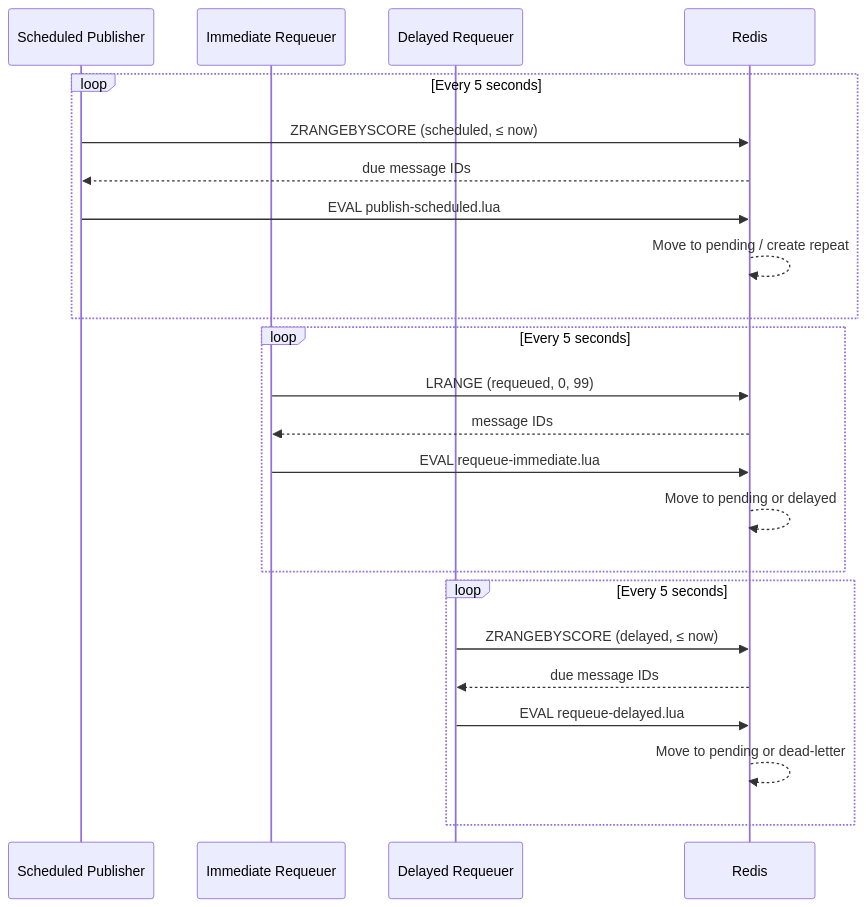
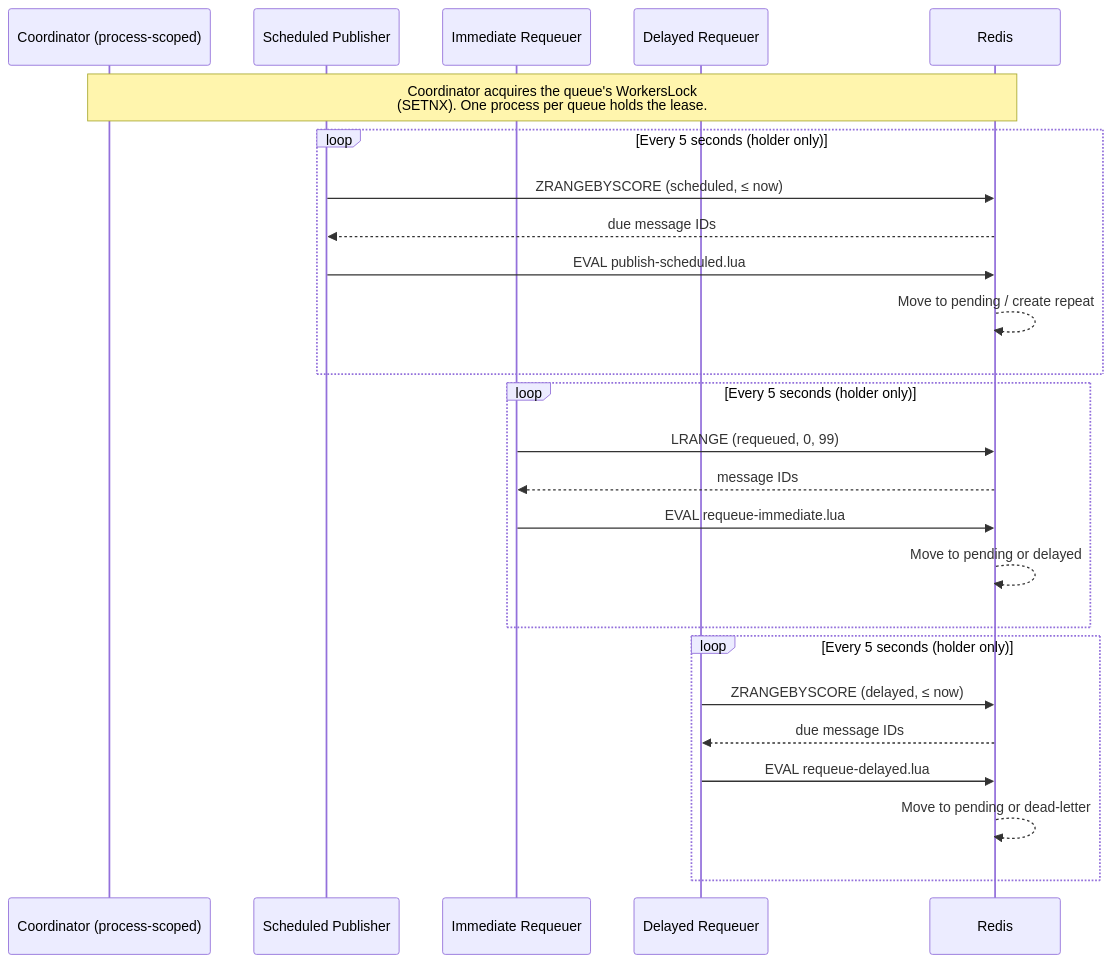
Diagram 11 of 12 in next/architecture.md (weyoss/redis-smq-docs), drawn with Mermaid before and after one commit. The commit also changed other lines of this file, not shown here.

First line of the commit message:
docs(architecture): align background workers with coordinator refactor

````diff
--- a/next/architecture.md
+++ b/next/architecture.md
@@ -519,28 +528,31 @@
 ```mermaid
 sequenceDiagram
+    participant Crd as Coordinator (process-scoped)
     participant SP as Scheduled Publisher
     participant IR as Immediate Requeuer
     participant DR as Delayed Requeuer
     participant Redis as Redis
 
-    loop Every 5 seconds
+    Note over Crd,Redis: Coordinator acquires the queue's WorkersLock<br/>(SETNX). One process per queue holds the lease.
+
+    loop Every 5 seconds (holder only)
         SP->>Redis: ZRANGEBYSCORE (scheduled, ≤ now)
         Redis-->>SP: due message IDs
         SP->>Redis: EVAL publish‑scheduled.lua
         Redis-->>Redis: Move to pending / create repeat
     end
 
-    loop Every 5 seconds
+    loop Every 5 seconds (holder only)
         IR->>Redis: LRANGE (requeued, 0, 99)
         Redis-->>IR: message IDs
         IR->>Redis: EVAL requeue‑immediate.lua
         Redis-->>Redis: Move to pending or delayed
     end
 
-    loop Every 5 seconds
+    loop Every 5 seconds (holder only)
         DR->>Redis: ZRANGEBYSCORE (delayed, ≤ now)
         Redis-->>DR: due message IDs
         DR->>Redis: EVAL requeue‑delayed.lua
         Redis-->>Redis: Move to pending or dead‑letter
     end
 ```
````
